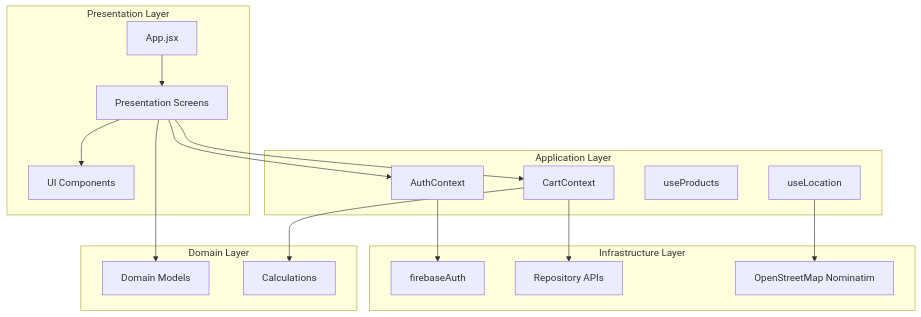
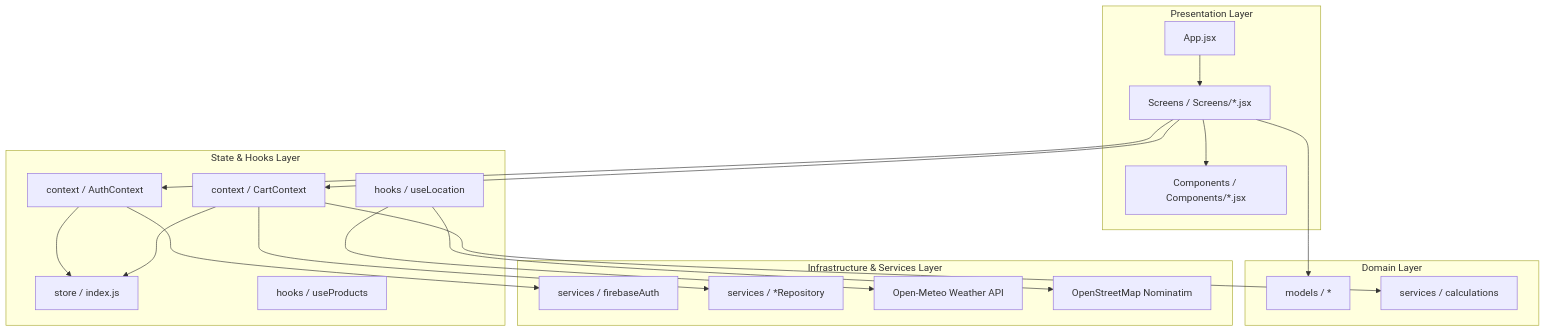
The first of 2 diagrams in README.md (AdityaUpadhyay2610/grocart-webapp), drawn with Mermaid before and after one commit. The commit also changed other lines of this file and 27 other files, not shown here.

````diff
--- a/README.md
+++ b/README.md
@@ -57,36 +67,41 @@
 ```mermaid
 graph TD
   subgraph Presentation Layer
     App[App.jsx]
-    Screens[Presentation Screens]
-    Components[UI Components]
+    Screens[Screens / Screens/*.jsx]
+    Components[Components / Components/*.jsx]
   end
 
-  subgraph Application Layer
-    AuthCtx[AuthContext]
-    CartCtx[CartContext]
-    ProdHook[useProducts]
-    GeoHook[useLocation]
+  subgraph State & Hooks Layer
+    ReduxStore[store / index.js]
+    AuthCtx[context / AuthContext]
+    CartCtx[context / CartContext]
+    ProdHook[hooks / useProducts]
+    GeoHook[hooks / useLocation]
   end
 
-  subgraph Infrastructure Layer
-    FirebaseAuth[firebaseAuth]
-    Repos[Repository APIs]
+  subgraph Infrastructure & Services Layer
+    FirebaseAuth[services / firebaseAuth]
+    Repos[services / *Repository]
+    OpenMeteo[Open-Meteo Weather API]
     Nominatim[OpenStreetMap Nominatim]
   end
 
   subgraph Domain Layer
-    Models[Domain Models]
-    Services[Calculations]
+    Models[models / *]
+    Services[services / calculations]
   end
 
   App --> Screens
   Screens --> Components
   Screens --> AuthCtx
   Screens --> CartCtx
+  AuthCtx --> ReduxStore
+  CartCtx --> ReduxStore
   CartCtx --> Repos
   AuthCtx --> FirebaseAuth
   GeoHook --> Nominatim
+  GeoHook --> OpenMeteo
   Screens --> Models
   CartCtx --> Services
 ```
````
